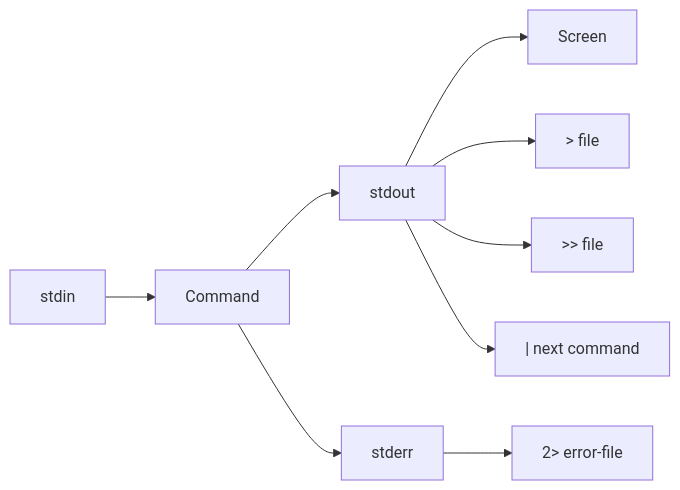
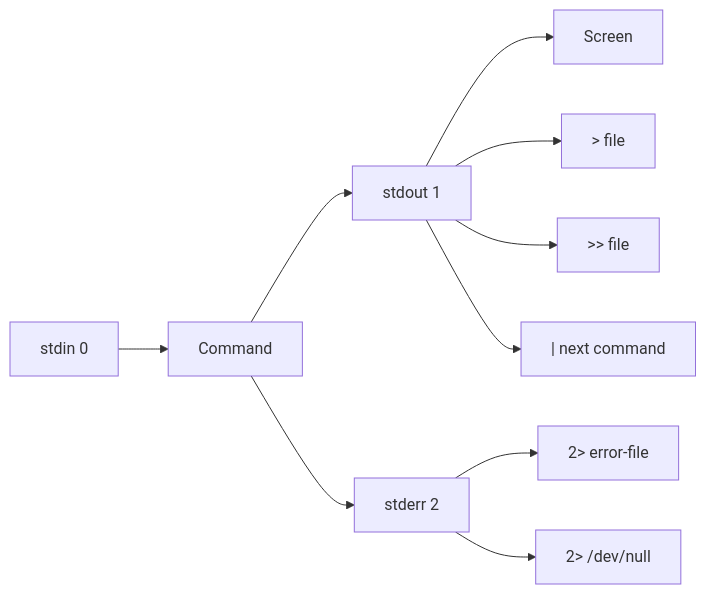
Before and after one commit to zainulhasan/rhcsa: the first of 2 diagrams in 03-redirection-pipes-grep-and-regex.md, drawn with Mermaid. The commit also changed other lines of this file, not shown here.

````diff
--- a/03-redirection-pipes-grep-and-regex.md
+++ b/03-redirection-pipes-grep-and-regex.md
@@ -59,11 +50,12 @@
 ```mermaid
 flowchart LR
-    A["Command"] --> B["stdout"]
-    A --> C["stderr"]
-    D["stdin"] --> A
+    D["stdin 0"] --> A["Command"]
+    A --> B["stdout 1"]
+    A --> C["stderr 2"]
     B --> E["Screen"]
     B --> F["> file"]
     B --> G[">> file"]
     B --> H["| next command"]
     C --> I["2> error-file"]
+    C --> J["2> /dev/null"]
 ```
````
